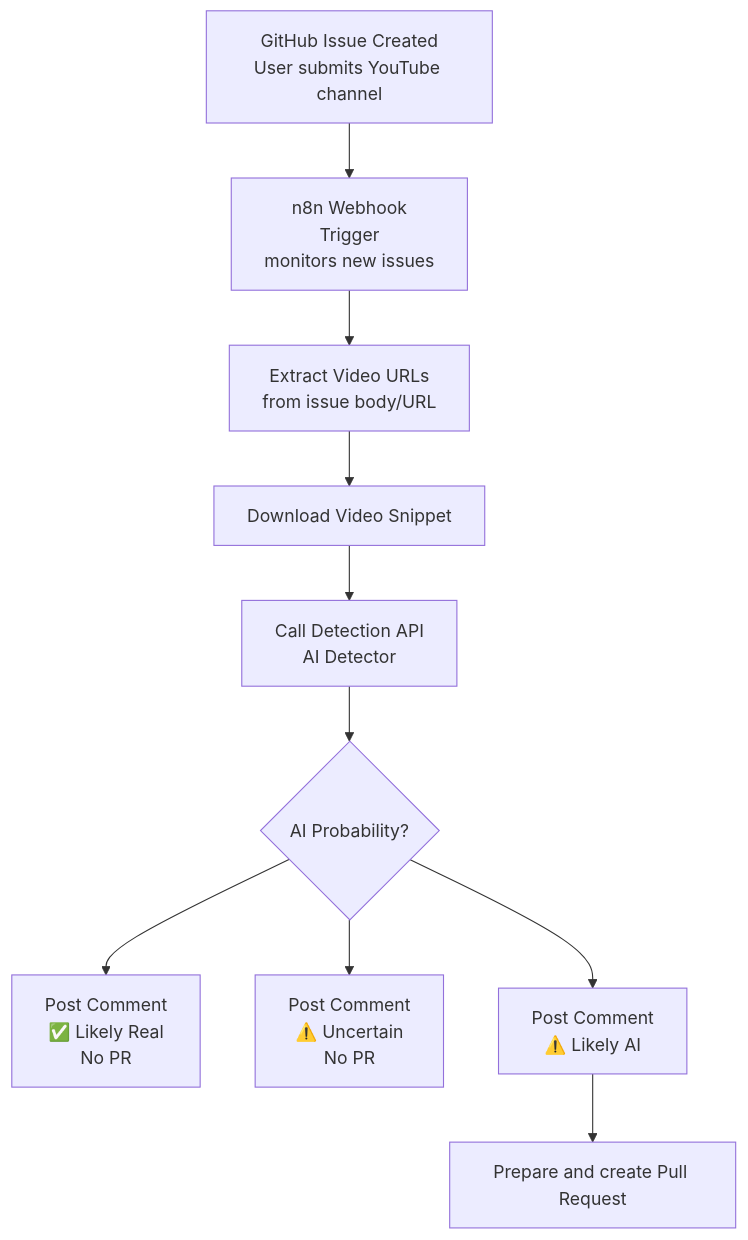
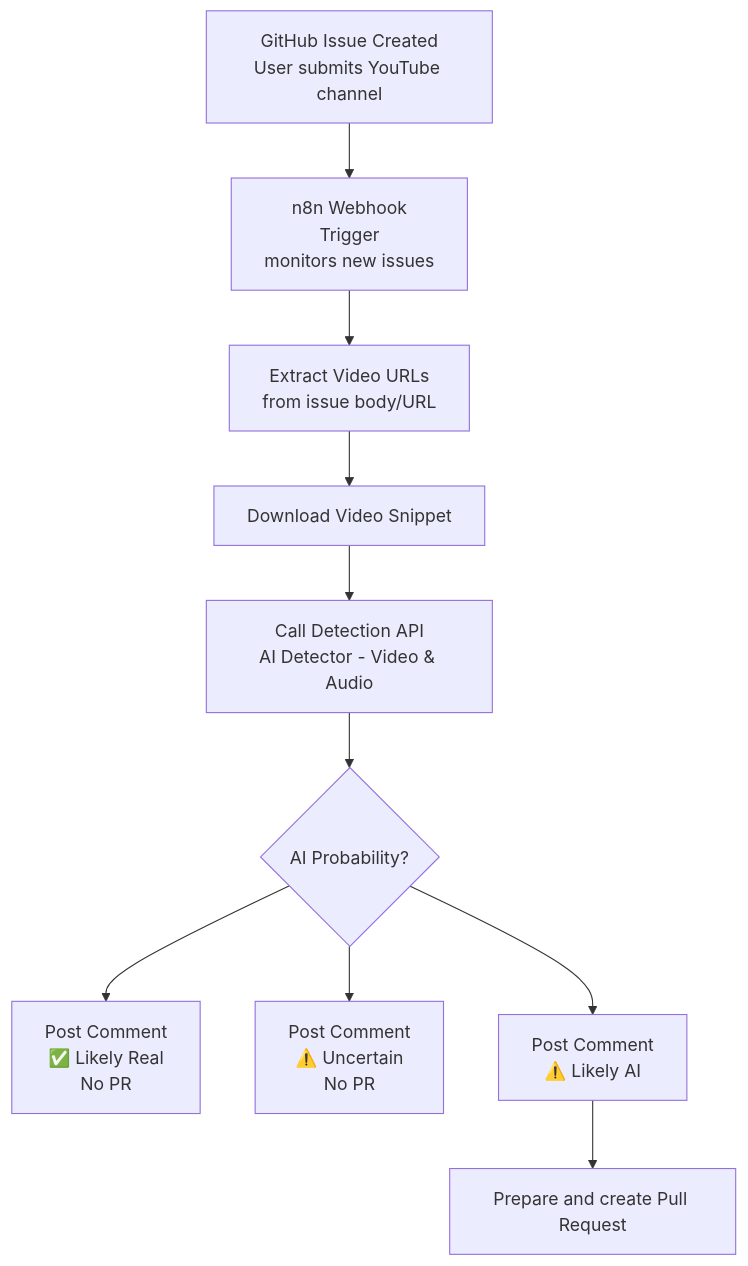
Before and after one commit to Override92/AiSList: the diagram in README.md, drawn with Mermaid.

Commit message:
Update detection API description in README

````diff
--- a/README.md
+++ b/README.md
@@ -59,13 +59,13 @@
 ```mermaid
 flowchart TD
   A[GitHub Issue Created<br/>User submits YouTube channel] --> B[n8n Webhook
 Trigger<br/>monitors new issues]
   B --> C[Extract Video URLs<br/>from issue body/URL]
   C --> D[Download Video Snippet]
-  D --> E[Call Detection API<br/>AI Detector]
+  D --> E[Call Detection API<br/>AI Detector - Video & Audio]
   E --> F{AI Probability?}
   F -->| | G[Post Comment<br/>✅ Likely Real<br/>No PR]
   F -->| | H[Post Comment<br/>⚠️ Uncertain<br/>No PR]
   F -->| | I[Post Comment<br/>⚠️ Likely AI]
   I --> J[Prepare and create Pull Request]
 ```
````
